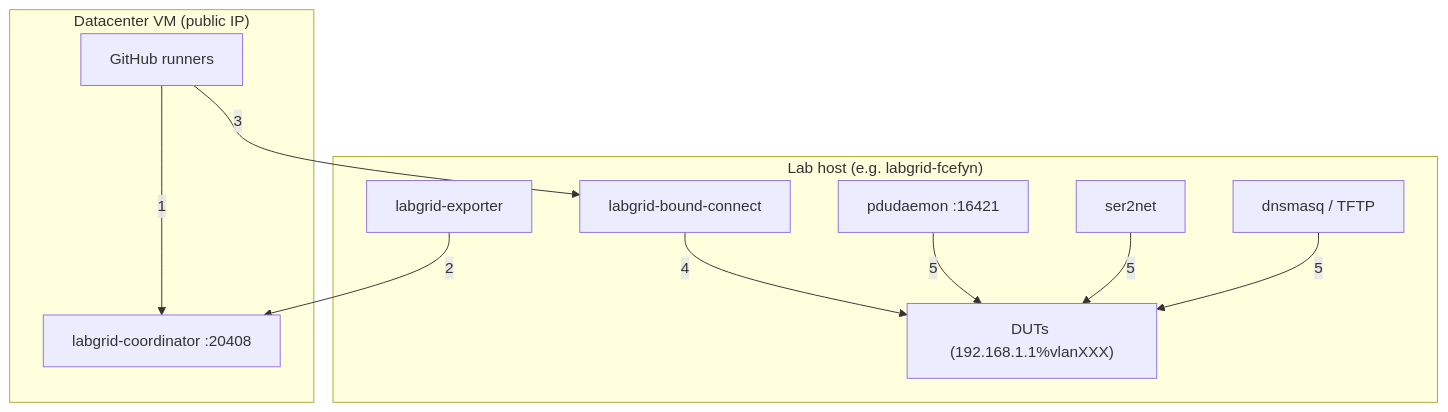
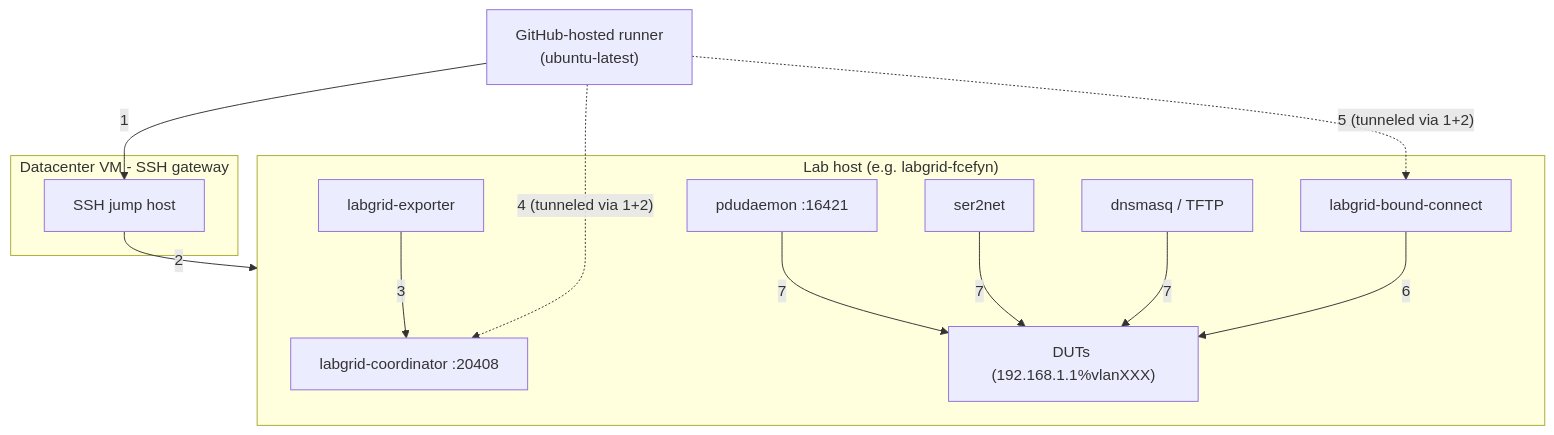
The first of 4 diagrams in docs/diseno/openwrt-tests-ci-flow.md (ccasanueva7/fcefyn_testbed_utils), drawn with Mermaid before and after one commit. The commit also changed other lines of this file and 9 other files, not shown here.

````diff
--- a/docs/diseno/openwrt-tests-ci-flow.md
+++ b/docs/diseno/openwrt-tests-ci-flow.md
@@ -43,24 +43,28 @@
 ```mermaid
 flowchart TD
-    subgraph vm ["Datacenter VM (public IP)"]
-        RUNNERS["GitHub runners"]
-        COORD["labgrid-coordinator :20408"]
+    subgraph vm ["Datacenter VM - SSH gateway"]
+        SSH_GW["SSH jump host"]
     end
 
     subgraph lab ["Lab host (e.g. labgrid-fcefyn)"]
+        COORD["labgrid-coordinator :20408"]
         EXP["labgrid-exporter"]
         BC["labgrid-bound-connect"]
         PDU["pdudaemon :16421"]
         SER["ser2net"]
         DNS["dnsmasq / TFTP"]
         DUTs["DUTs (192.168.1.1%vlanXXX)"]
     end
 
-    RUNNERS -- "1" --> COORD
-    EXP -- "2" --> COORD
-    RUNNERS -- "3" --> BC
-    BC -- "4" --> DUTs
-    PDU -- "5" --> DUTs
-    SER -- "5" --> DUTs
-    DNS -- "5" --> DUTs
+    GH["GitHub-hosted runner\n(ubuntu-latest)"]
+
+    GH -- "1" --> SSH_GW
+    SSH_GW -- "2" --> lab
+    EXP -- "3" --> COORD
+    GH -. "4 (tunneled via 1+2)" .-> COORD
+    GH -. "5 (tunneled via 1+2)" .-> BC
+    BC -- "6" --> DUTs
+    PDU -- "7" --> DUTs
+    SER -- "7" --> DUTs
+    DNS -- "7" --> DUTs
 ```
````
